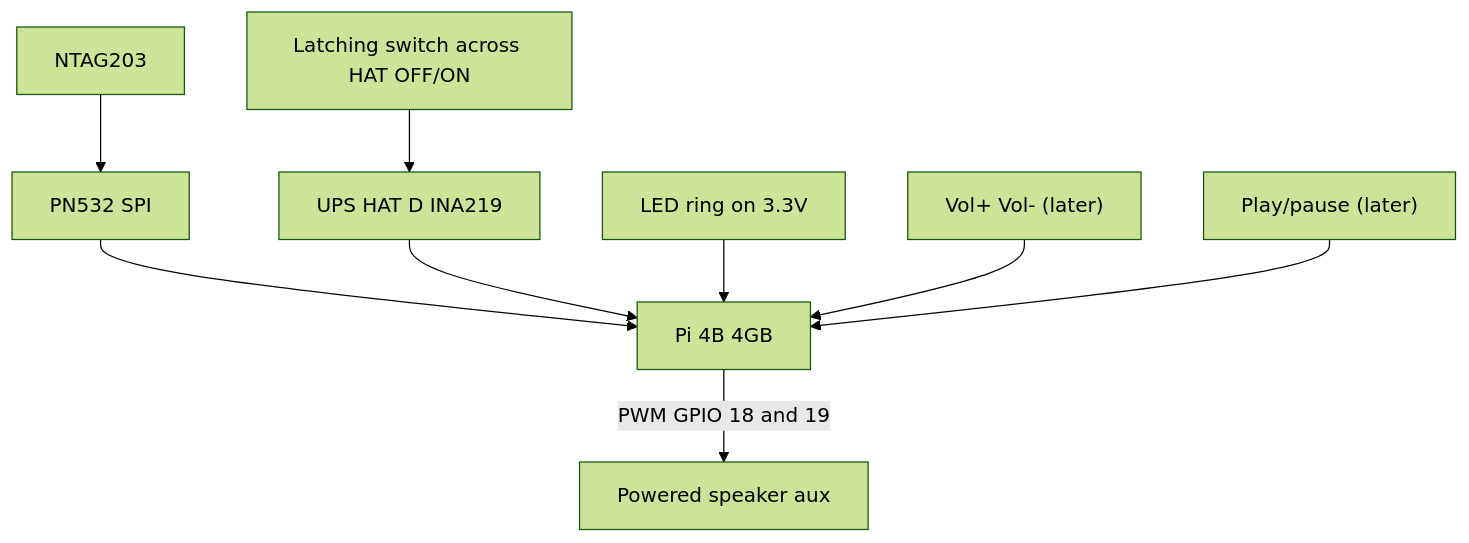
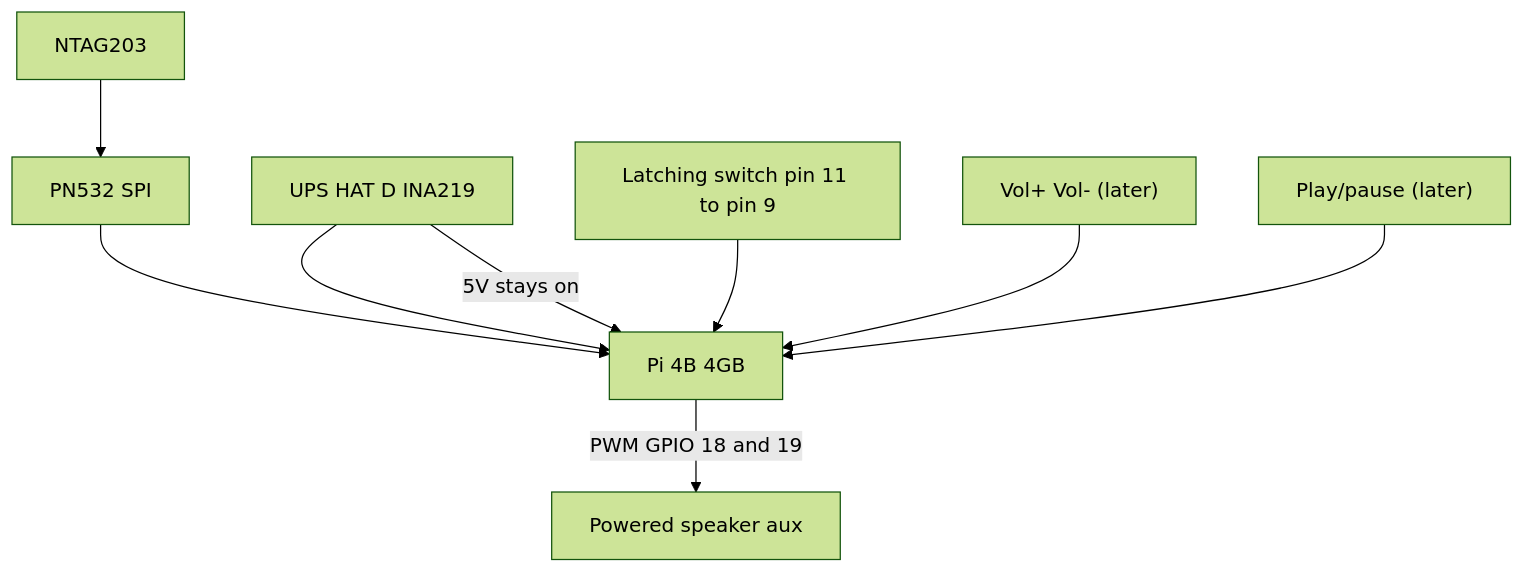
One commit to mzworthington/RoMini changed the diagram in docs/hardware.md. Above: the diagram before and after it, drawn with Mermaid (forest theme). The commit also changed other lines of this file and 14 other files, not shown here.

````diff
--- a/docs/hardware.md
+++ b/docs/hardware.md
@@ -29,11 +29,11 @@
 ```mermaid
 flowchart TB
   ntag["NTAG203"] --> hat["PN532 SPI"]
   hat --> pi["Pi 4B 4GB"]
   ups["UPS HAT D INA219"] --> pi
-  pwr["Latching switch across HAT OFF/ON"] --> ups
-  lamp["LED ring on 3.3V"] --> pi
+  pwr["Latching switch pin 11 to pin 9"] --> pi
+  ups -->|"5V stays on"| pi
   vol["Vol+ Vol- (later)"] --> pi
   play["Play/pause (later)"] --> pi
   pi -->|"PWM GPIO 18 and 19"| spk["Powered speaker aux"]
 ```
````
